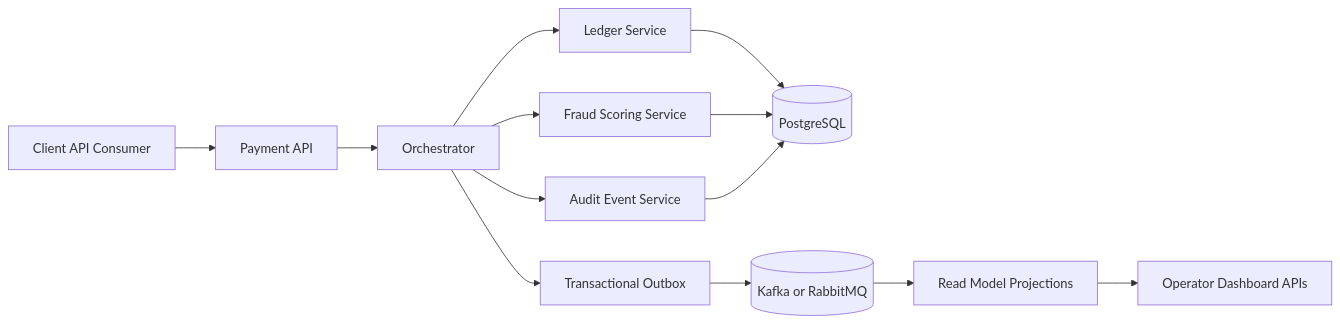
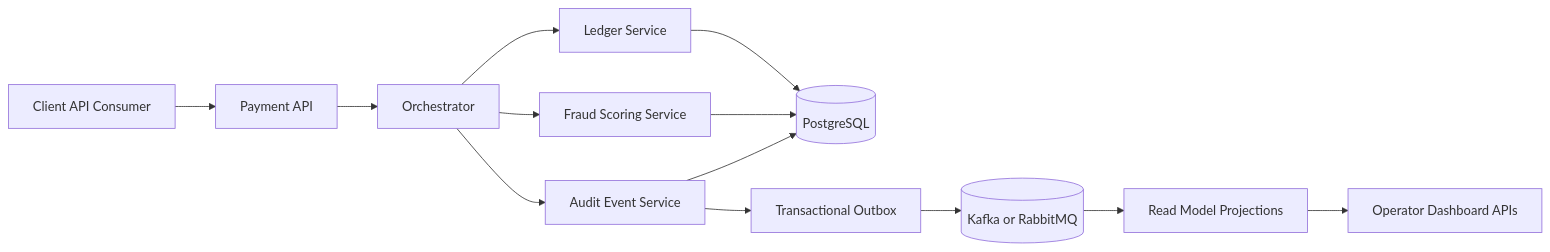
Before and after one commit to moenn1/ledgerandfraudscoring: the first of 3 diagrams in docs/architecture.md, drawn with Mermaid. The commit also changed other lines of this file and 24 other files, not shown here.

Commit message:
Add transactional outbox retry and dead-letter handling

````diff
--- a/docs/architecture.md
+++ b/docs/architecture.md
@@ -26,15 +27,15 @@
 ```mermaid
 flowchart LR
     Client[Client API Consumer] --> API[Payment API]
     API --> Orch[Orchestrator]
     Orch --> Fraud[Fraud Scoring Service]
     Orch --> Ledger[Ledger Service]
     Orch --> Audit[Audit Event Service]
     Ledger --> DB[(PostgreSQL)]
     Fraud --> DB
     Audit --> DB
-    Orch --> Outbox[Transactional Outbox]
+    Audit --> Outbox[Transactional Outbox]
     Outbox --> Bus[(Kafka or RabbitMQ)]
     Bus --> Proj[Read Model Projections]
     Proj --> Admin[Operator Dashboard APIs]
 ```
````
